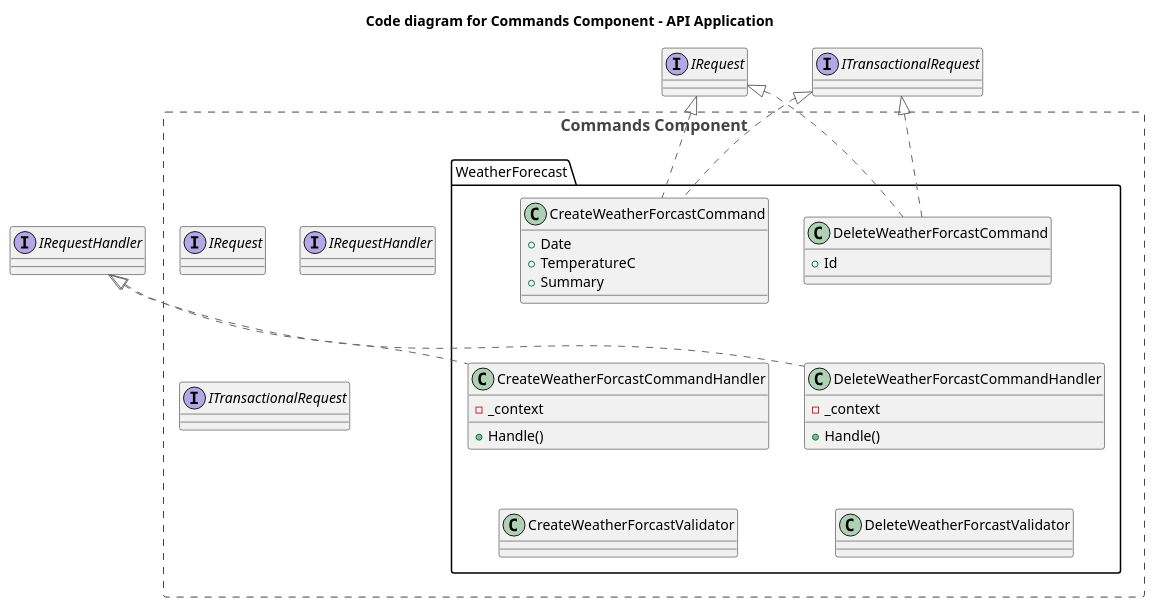
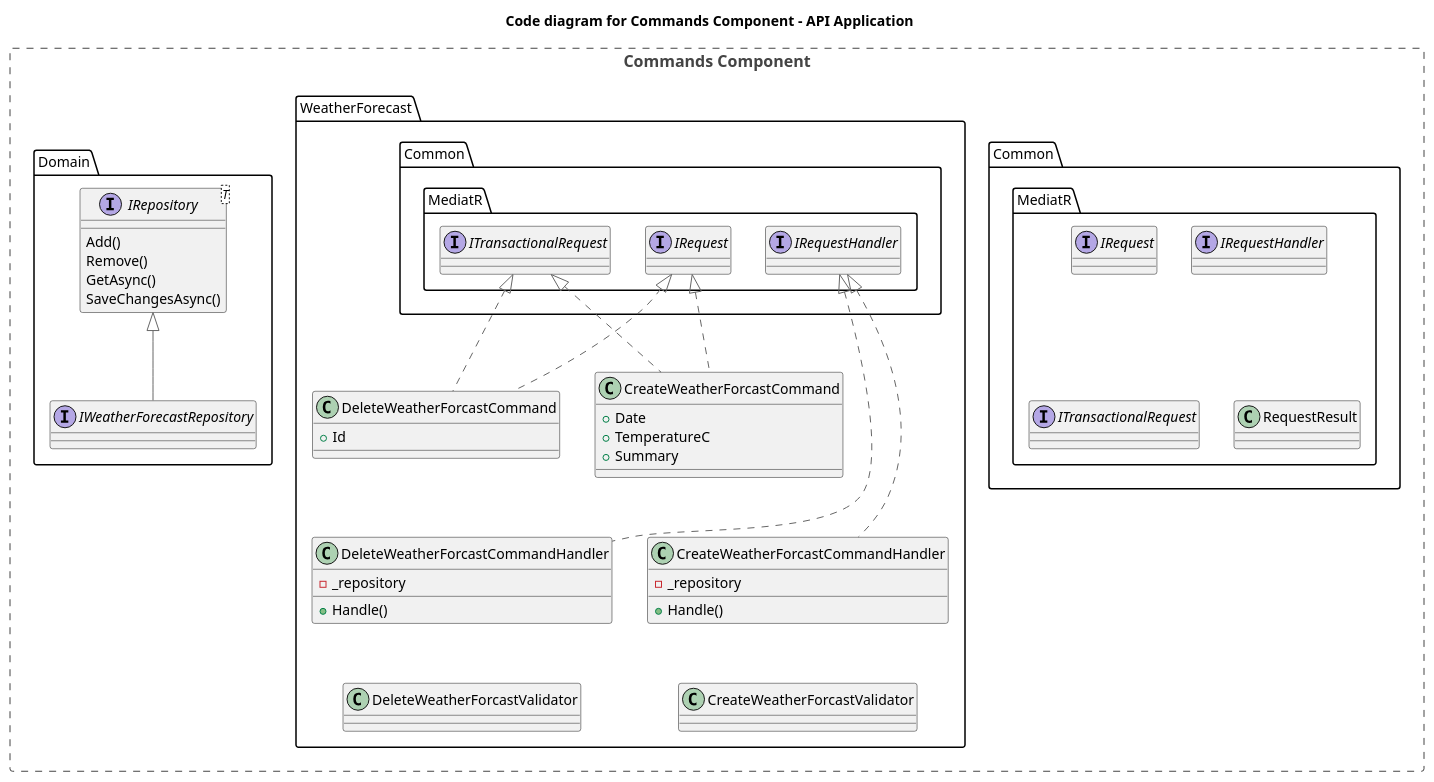
One commit to salmarsumi/CleanArchitecture changed the diagram in architecture/api_commands.puml. Above: the diagram before and after it, drawn with PlantUML. The commit also changed 2 other files, not shown here.

Commit message:
repository and query changes to the architecture diagrams

```diff
--- a/architecture/api_commands.puml
+++ b/architecture/api_commands.puml
@@ -1,46 +1,60 @@
 @startuml
 !include https://raw.githubusercontent.com/plantuml-stdlib/C4-PlantUML/master/C4_Component.puml
 
 HIDE_STEREOTYPE()
 
 title Code diagram for Commands Component - API Application
 
 Boundary(commands, "Commands Component") {
-    interface IRequest
-    interface IRequestHandler
-    interface ITransactionalRequest
+    namespace Common.MediatR {
+        interface IRequest
+        interface IRequestHandler
+        interface ITransactionalRequest
+        class RequestResult
+    }
 
     namespace WeatherForecast {
 
-        class CreateWeatherForcastCommand implements .IRequest, .ITransactionalRequest {
+        class CreateWeatherForcastCommand implements Common.MediatR.IRequest, Common.MediatR.ITransactionalRequest {
             +Date
             +TemperatureC
             +Summary
         }
 
-        class CreateWeatherForcastCommandHandler implements .IRequestHandler {
-            -_context
-            +Handle()
+        class CreateWeatherForcastCommandHandler implements Common.MediatR.IRequestHandler {
+            - _repository
+            + Handle()
         }
 
-        class DeleteWeatherForcastCommand implements .IRequest, .ITransactionalRequest {
+        class DeleteWeatherForcastCommand implements Common.MediatR.IRequest, Common.MediatR.ITransactionalRequest {
             +Id
         }
 
-        class DeleteWeatherForcastCommandHandler implements .IRequestHandler {
-            -_context
+        class DeleteWeatherForcastCommandHandler implements Common.MediatR.IRequestHandler {
+            -_repository
             +Handle()
         }
 
         class CreateWeatherForcastValidator
         class DeleteWeatherForcastValidator
 
         Lay_U(CreateWeatherForcastCommandHandler, CreateWeatherForcastCommand)
         Lay_U(CreateWeatherForcastValidator,CreateWeatherForcastCommandHandler)
 
         Lay_U(DeleteWeatherForcastCommandHandler, DeleteWeatherForcastCommand)
         Lay_U(DeleteWeatherForcastValidator,DeleteWeatherForcastCommandHandler)
     }
+
+    namespace Domain {
+        interface IRepository<T> {
+            Add()
+            Remove()
+            GetAsync()
+            SaveChangesAsync()
+        }
+
+        interface IWeatherForecastRepository implements IRepository
+    }
 }
 
 @enduml
```
